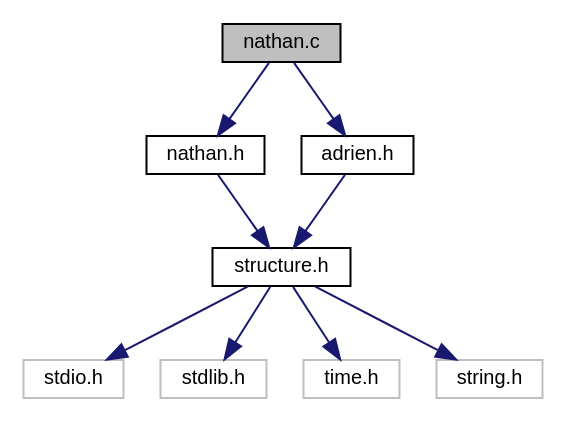
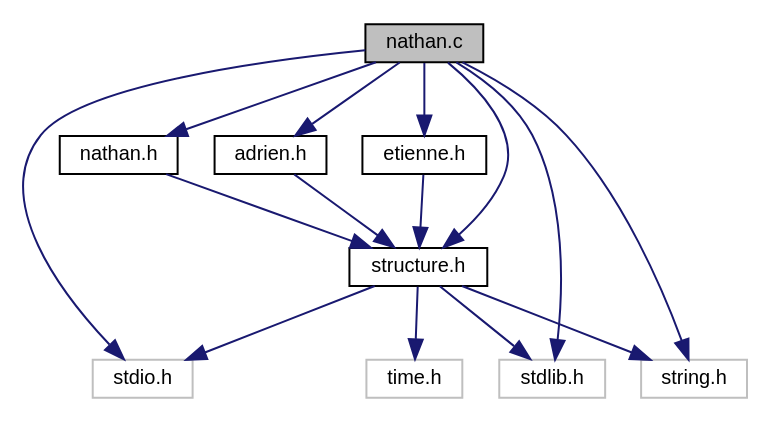
Before and after one commit to nehkowp/html: the diagram in nathan_8c__incl.dot, drawn with Graphviz. The commit also changed 203 other files, not shown here.

```diff
--- a/nathan_8c__incl.dot
+++ b/nathan_8c__incl.dot
@@ -1,23 +1,30 @@
 digraph "nathan.c"
 {
  // INTERACTIVE_SVG=YES
  // LATEX_PDF_SIZE
   edge [fontname="Helvetica",fontsize="10",labelfontname="Helvetica",labelfontsize="10"];
   node [fontname="Helvetica",fontsize="10",shape=record];
   Node1 [label="nathan.c",height=0.2,width=0.4,color="black", fillcolor="grey75", style="filled", fontcolor="black",tooltip=" "];
   Node1 -> Node2 [color="midnightblue",fontsize="10",style="solid",fontname="Helvetica"];
   Node2 [label="nathan.h",height=0.2,width=0.4,color="black", fillcolor="white", style="filled",URL="$nathan_8h.html",tooltip=" "];
   Node2 -> Node3 [color="midnightblue",fontsize="10",style="solid",fontname="Helvetica"];
   Node3 [label="structure.h",height=0.2,width=0.4,color="black", fillcolor="white", style="filled",URL="$structure_8h.html",tooltip=" "];
   Node3 -> Node4 [color="midnightblue",fontsize="10",style="solid",fontname="Helvetica"];
   Node4 [label="stdio.h",height=0.2,width=0.4,color="grey75", fillcolor="white", style="filled",tooltip=" "];
   Node3 -> Node5 [color="midnightblue",fontsize="10",style="solid",fontname="Helvetica"];
   Node5 [label="stdlib.h",height=0.2,width=0.4,color="grey75", fillcolor="white", style="filled",tooltip=" "];
   Node3 -> Node6 [color="midnightblue",fontsize="10",style="solid",fontname="Helvetica"];
   Node6 [label="time.h",height=0.2,width=0.4,color="grey75", fillcolor="white", style="filled",tooltip=" "];
   Node3 -> Node7 [color="midnightblue",fontsize="10",style="solid",fontname="Helvetica"];
   Node7 [label="string.h",height=0.2,width=0.4,color="grey75", fillcolor="white", style="filled",tooltip=" "];
   Node1 -> Node8 [color="midnightblue",fontsize="10",style="solid",fontname="Helvetica"];
   Node8 [label="adrien.h",height=0.2,width=0.4,color="black", fillcolor="white", style="filled",URL="$adrien_8h.html",tooltip=" "];
   Node8 -> Node3 [color="midnightblue",fontsize="10",style="solid",fontname="Helvetica"];
+  Node1 -> Node9 [color="midnightblue",fontsize="10",style="solid",fontname="Helvetica"];
+  Node9 [label="etienne.h",height=0.2,width=0.4,color="black", fillcolor="white", style="filled",URL="$etienne_8h.html",tooltip=" "];
+  Node9 -> Node3 [color="midnightblue",fontsize="10",style="solid",fontname="Helvetica"];
+  Node1 -> Node3 [color="midnightblue",fontsize="10",style="solid",fontname="Helvetica"];
+  Node1 -> Node5 [color="midnightblue",fontsize="10",style="solid",fontname="Helvetica"];
+  Node1 -> Node7 [color="midnightblue",fontsize="10",style="solid",fontname="Helvetica"];
+  Node1 -> Node4 [color="midnightblue",fontsize="10",style="solid",fontname="Helvetica"];
 }
```
